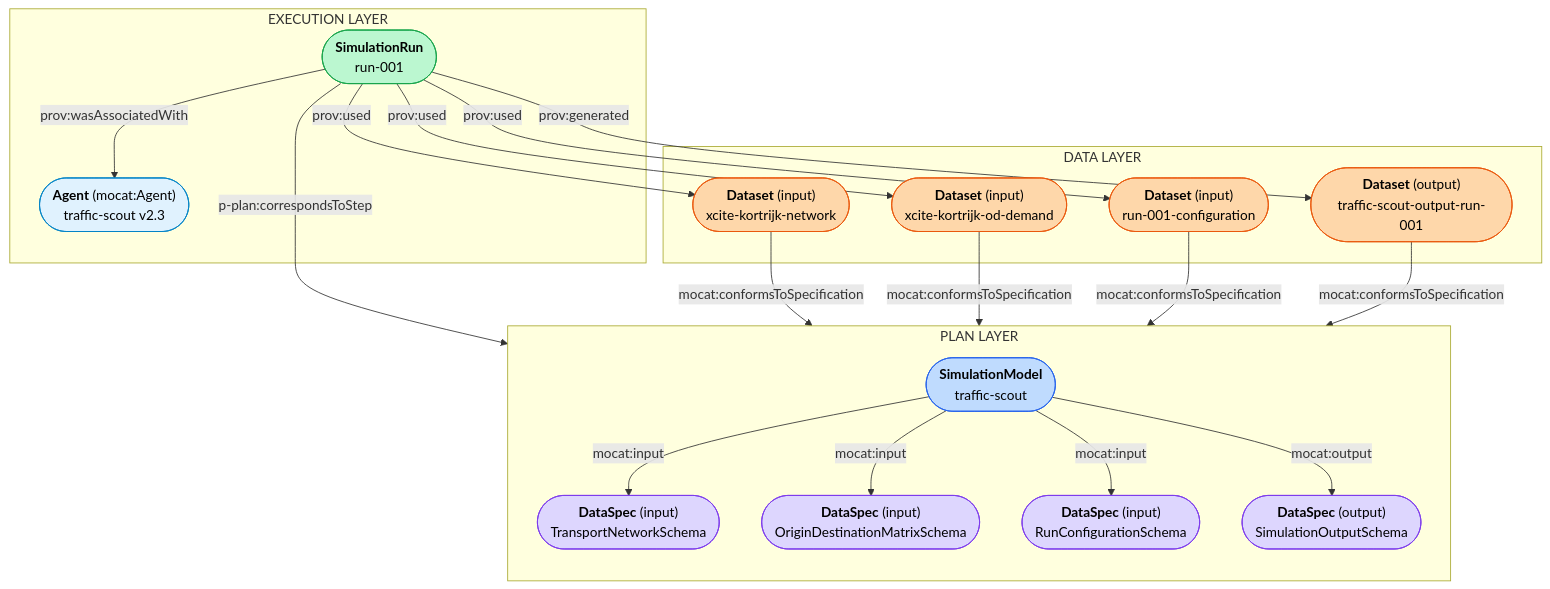
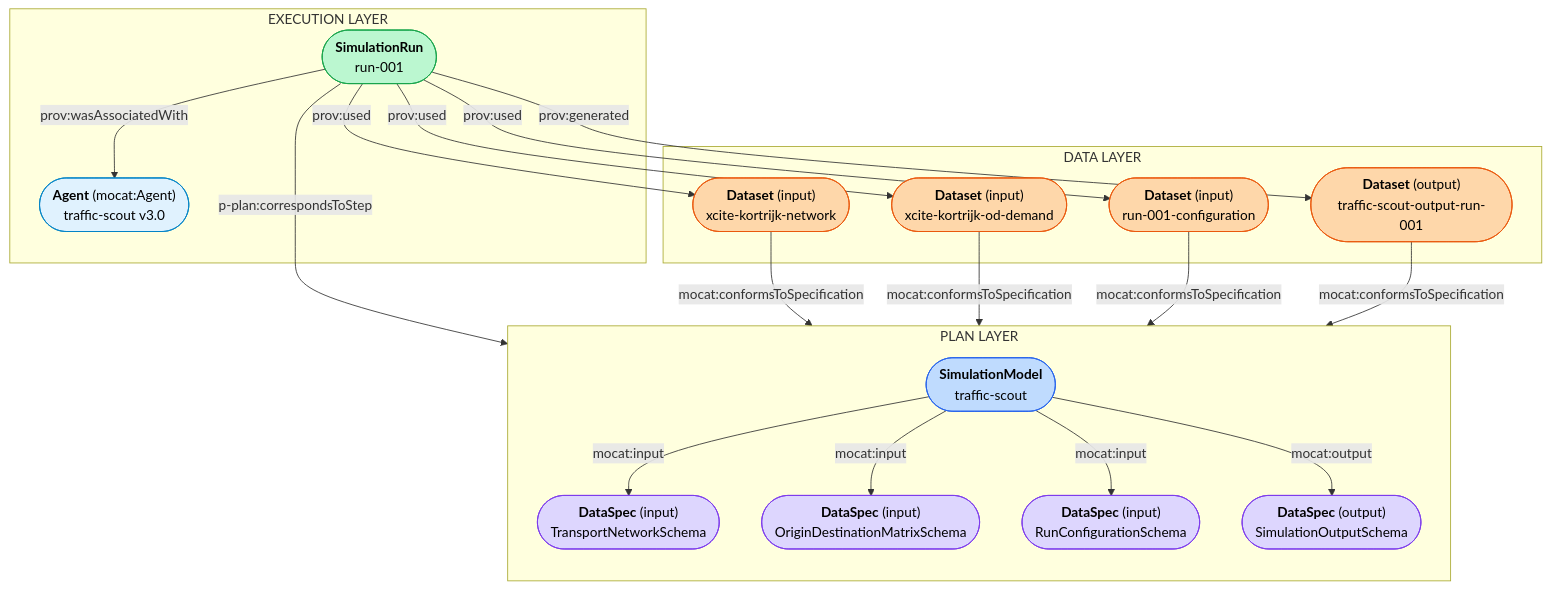
One commit to milieuinfo/mocat changed the diagram in mocat-ontology/src/main/resources/examples/Traffic-Scout-end-to-end-scenario.md. Above: the diagram before and after it, drawn with Mermaid. The commit also changed other lines of this file and 1 other file, not shown here.

First line of the commit message:
docs(examples): incorporate TML feedback in Traffic Scout scenario

````diff
--- a/mocat-ontology/src/main/resources/examples/Traffic-Scout-end-to-end-scenario.md
+++ b/mocat-ontology/src/main/resources/examples/Traffic-Scout-end-to-end-scenario.md
@@ -40,55 +18,55 @@
 ```mermaid
 flowchart TD
     subgraph PLAN["PLAN LAYER"]
         direction TB
         M(["`**SimulationModel**
         traffic-scout`"]):::plan
         IS(["`**DataSpec** (input)
         TransportNetworkSchema`"]):::spec
         ODIS(["`**DataSpec** (input)
         OriginDestinationMatrixSchema`"]):::spec
         RCIS(["`**DataSpec** (input)
         RunConfigurationSchema`"]):::spec
         OS(["`**DataSpec** (output)
         SimulationOutputSchema`"]):::spec
         M -->|mocat:input| IS
         M -->|mocat:input| ODIS
         M -->|mocat:input| RCIS
         M -->|mocat:output| OS
     end
 
     subgraph EXEC["EXECUTION LAYER"]
         R(["`**SimulationRun**
         run-001`"]):::run
         A(["`**Agent** (mocat:Agent)
-        traffic-scout v2.3`"]):::agent
+        traffic-scout v3.0`"]):::agent
         R -->|prov:wasAssociatedWith| A
     end
 
     subgraph DATA["DATA LAYER"]
         DI(["`**Dataset** (input)
         xcite-kortrijk-network`"]):::data
         DOD(["`**Dataset** (input)
         xcite-kortrijk-od-demand`"]):::data
         DRC(["`**Dataset** (input)
         run-001-configuration`"]):::data
         DO(["`**Dataset** (output)
         traffic-scout-output-run-001`"]):::data
     end
 
     R -->|p-plan:correspondsToStep| M
     R -->|prov:used| DI
     R -->|prov:used| DOD
     R -->|prov:used| DRC
     R -->|prov:generated| DO
     DI -->|mocat:conformsToSpecification| IS
     DOD -->|mocat:conformsToSpecification| ODIS
     DRC -->|mocat:conformsToSpecification| RCIS
     DO -->|mocat:conformsToSpecification| OS
 
     classDef plan   fill:#BFDBFE,stroke:#2563EB,color:#000
     classDef run    fill:#BBF7D0,stroke:#16A34A,color:#000
     classDef data   fill:#FED7AA,stroke:#EA580C,color:#000
     classDef spec   fill:#DDD6FE,stroke:#7C3AED,color:#000
     classDef agent  fill:#E0F2FE,stroke:#0284C7,color:#000
 ```
````
